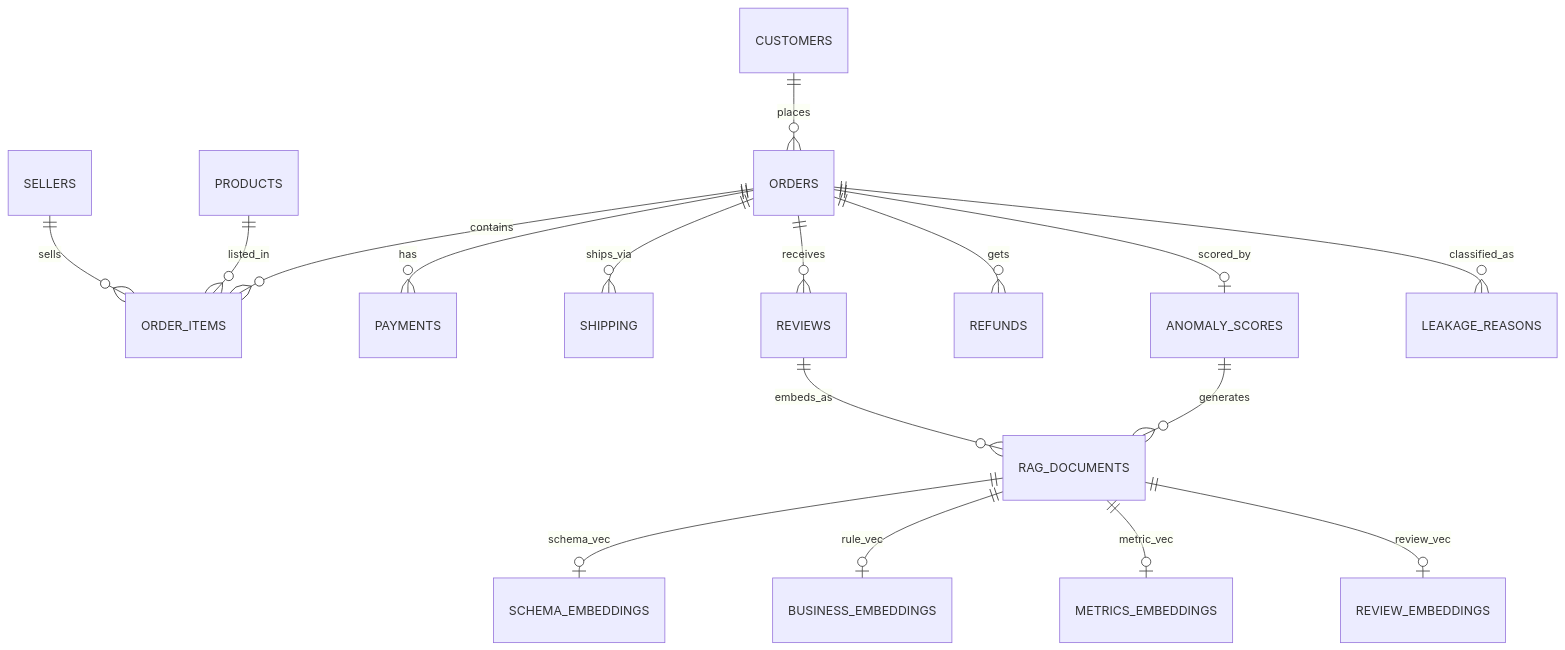
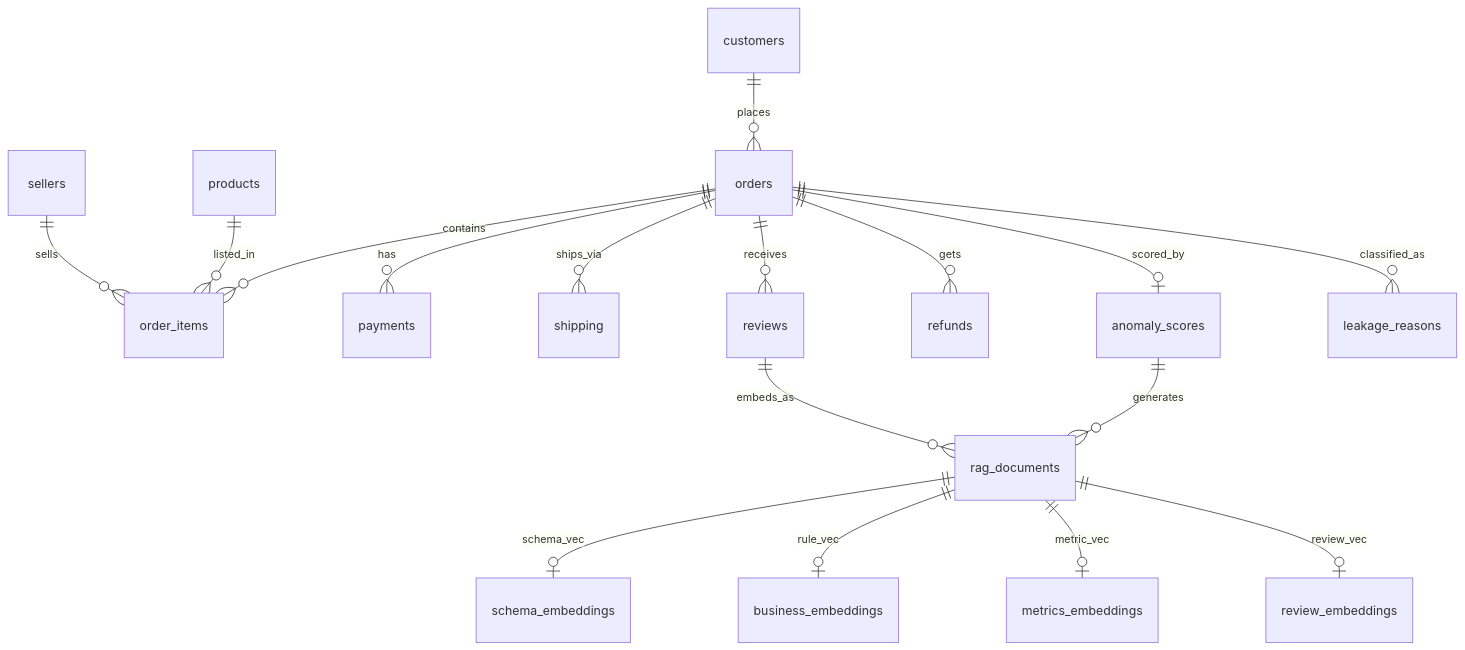
One commit to Mohamed-Elmasry16/Recovera-Hybrid-Database-Architecture changed the second of 6 diagrams in README.md. Above: the diagram before and after it, drawn with Mermaid. The commit also changed other lines of this file, not shown here.

````diff
--- a/README.md
+++ b/README.md
@@ -160,22 +123,22 @@
 ```mermaid
 erDiagram
-    CUSTOMERS ||--o{ ORDERS : places
-    ORDERS ||--o{ ORDER_ITEMS : contains
-    ORDERS ||--o{ PAYMENTS : has
-    ORDERS ||--o{ SHIPPING : ships_via
-    ORDERS ||--o{ REVIEWS : receives
-    ORDERS ||--o{ REFUNDS : gets
-    PRODUCTS ||--o{ ORDER_ITEMS : listed_in
-    SELLERS ||--o{ ORDER_ITEMS : sells
+    customers ||--o{ orders : places
+    orders ||--o{ order_items : contains
+    orders ||--o{ payments : has
+    orders ||--o{ shipping : ships_via
+    orders ||--o{ reviews : receives
+    orders ||--o{ refunds : gets
+    products ||--o{ order_items : listed_in
+    sellers  ||--o{ order_items : sells
 
-    ORDERS ||--o| ANOMALY_SCORES : scored_by
-    ORDERS ||--o{ LEAKAGE_REASONS : classified_as
+    orders ||--o| anomaly_scores   : scored_by
+    orders ||--o{ leakage_reasons  : classified_as
 
-    ANOMALY_SCORES ||--o{ RAG_DOCUMENTS : generates
-    REVIEWS ||--o{ RAG_DOCUMENTS : embeds_as
+    anomaly_scores ||--o{ rag_documents : generates
+    reviews        ||--o{ rag_documents : embeds_as
 
-    RAG_DOCUMENTS ||--o| SCHEMA_EMBEDDINGS : schema_vec
-    RAG_DOCUMENTS ||--o| BUSINESS_EMBEDDINGS : rule_vec
-    RAG_DOCUMENTS ||--o| METRICS_EMBEDDINGS : metric_vec
-    RAG_DOCUMENTS ||--o| REVIEW_EMBEDDINGS : review_vec
+    rag_documents ||--o| schema_embeddings   : schema_vec
+    rag_documents ||--o| business_embeddings : rule_vec
+    rag_documents ||--o| metrics_embeddings  : metric_vec
+    rag_documents ||--o| review_embeddings   : review_vec
 ```
````
